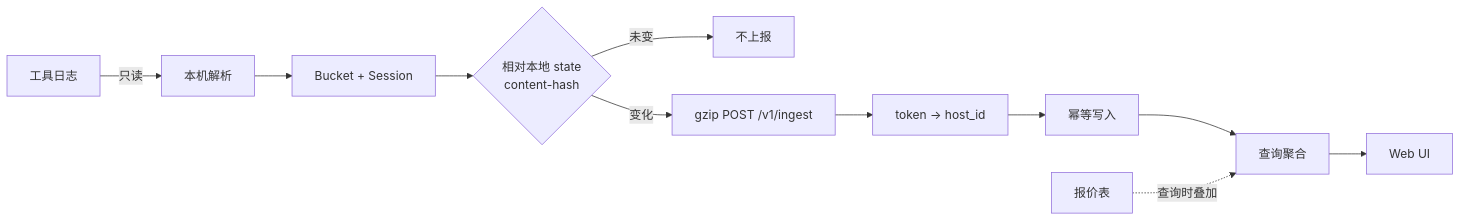
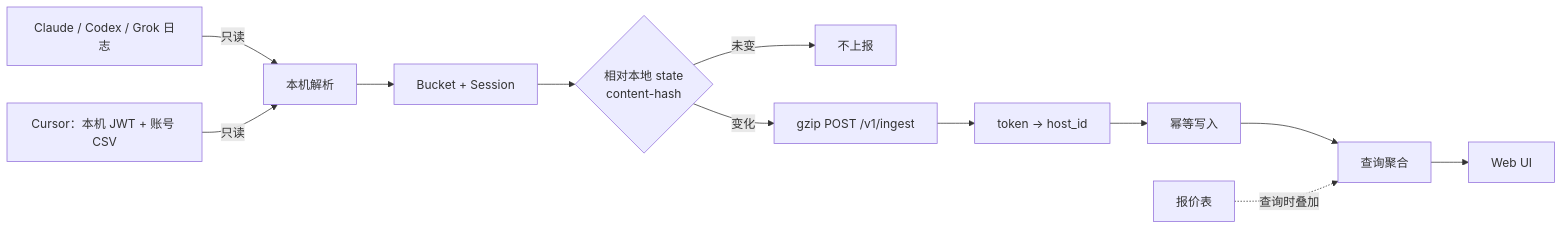
Before and after one commit to Huanfiy/ai-usage: the second of 5 diagrams in docs/design/architecture.md, drawn with Mermaid. The commit also changed other lines of this file and 20 other files, not shown here.

Commit message:
✨ feat: 接入 Cursor 账号级 CSV 用量

````diff
--- a/docs/design/architecture.md
+++ b/docs/design/architecture.md
@@ -86,13 +88,14 @@
 ```mermaid
 flowchart LR
-  logs[工具日志] -->|只读| parse[本机解析]
+  logs[Claude / Codex / Grok 日志] -->|只读| parse[本机解析]
+  cursor[Cursor：本机 JWT + 账号 CSV] -->|只读| parse
   parse --> norm[Bucket + Session]
   norm --> diff{相对本地 state<br/>content-hash}
   diff -->|未变| skip[不上报]
   diff -->|变化| push["gzip POST /v1/ingest"]
   push --> id[token → host_id]
   id --> store[幂等写入]
   store --> q[查询聚合]
   price[报价表] -.->|查询时叠加| q
   q --> ui[Web UI]
 ```
````
